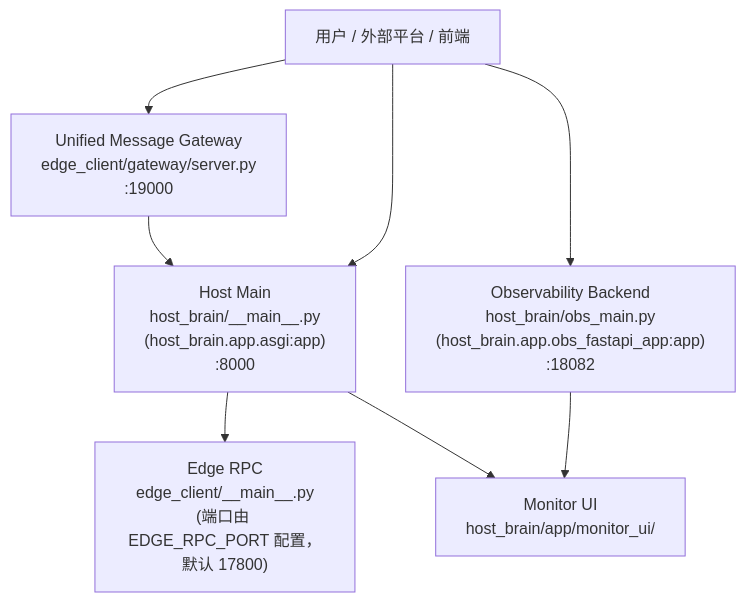
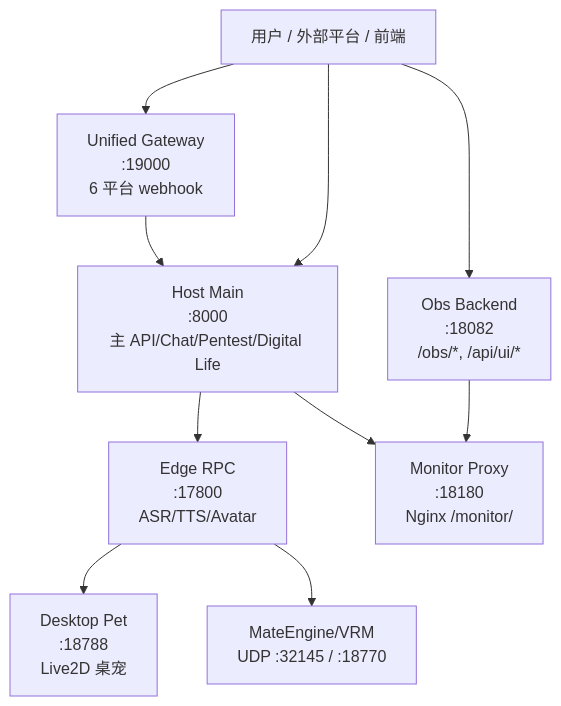
The first of 4 diagrams in docs/15_theory/architecture_overview.md (SakuraYoruno/Natsume_Ai), drawn with Mermaid before and after one commit. The commit also changed other lines of this file and 6 other files, not shown here.

Commit message:
docs: update all 7 theory contracts — bump versions, sync dates to 2026-06-30, fix architecture_overview to 7 run surfaces, add pentest/digital-life/proactive to overview

````diff
--- a/docs/15_theory/architecture_overview.md
+++ b/docs/15_theory/architecture_overview.md
@@ -20,10 +22,12 @@
 ```mermaid
 graph TB
-    USER["用户 / 外部平台 / 前端"] --> HOST["Host Main<br/>host_brain/__main__.py<br/>(host_brain.app.asgi:app)<br/>:8000"]
-    USER --> OBS["Observability Backend<br/>host_brain/obs_main.py<br/>(host_brain.app.obs_fastapi_app:app)<br/>:18082"]
-    HOST --> EDGE["Edge RPC<br/>edge_client/__main__.py<br/>(端口由 EDGE_RPC_PORT 配置，默认 17800)"]
-    USER --> GATEWAY["Unified Message Gateway<br/>edge_client/gateway/server.py<br/>:19000"]
+    USER["用户 / 外部平台 / 前端"] --> HOST["Host Main<br/>:8000<br/>主 API/Chat/Pentest/Digital Life"]
+    USER --> OBS["Obs Backend<br/>:18082<br/>/obs/*, /api/ui/*"]
+    USER --> GATEWAY["Unified Gateway<br/>:19000<br/>6 平台 webhook"]
     GATEWAY --> HOST
-    OBS --> MON["Monitor UI<br/>host_brain/app/monitor_ui/"]
-    HOST --> MON
+    HOST --> EDGE["Edge RPC<br/>:17800<br/>ASR/TTS/Avatar"]
+    EDGE --> DP["Desktop Pet<br/>:18788<br/>Live2D 桌宠"]
+    EDGE --> ME["MateEngine/VRM<br/>UDP :32145 / :18770"]
+    OBS --> PROXY["Monitor Proxy<br/>:18180<br/>Nginx /monitor/"]
+    HOST --> PROXY
 ```
````
